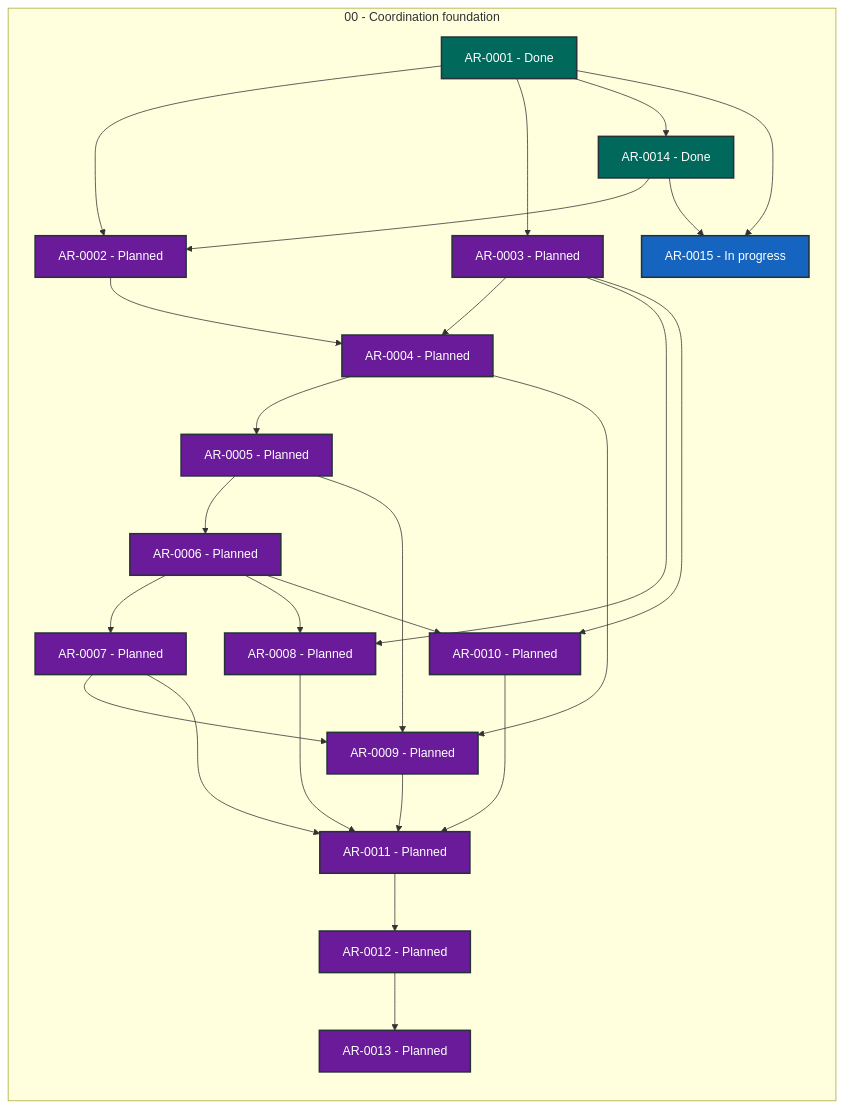
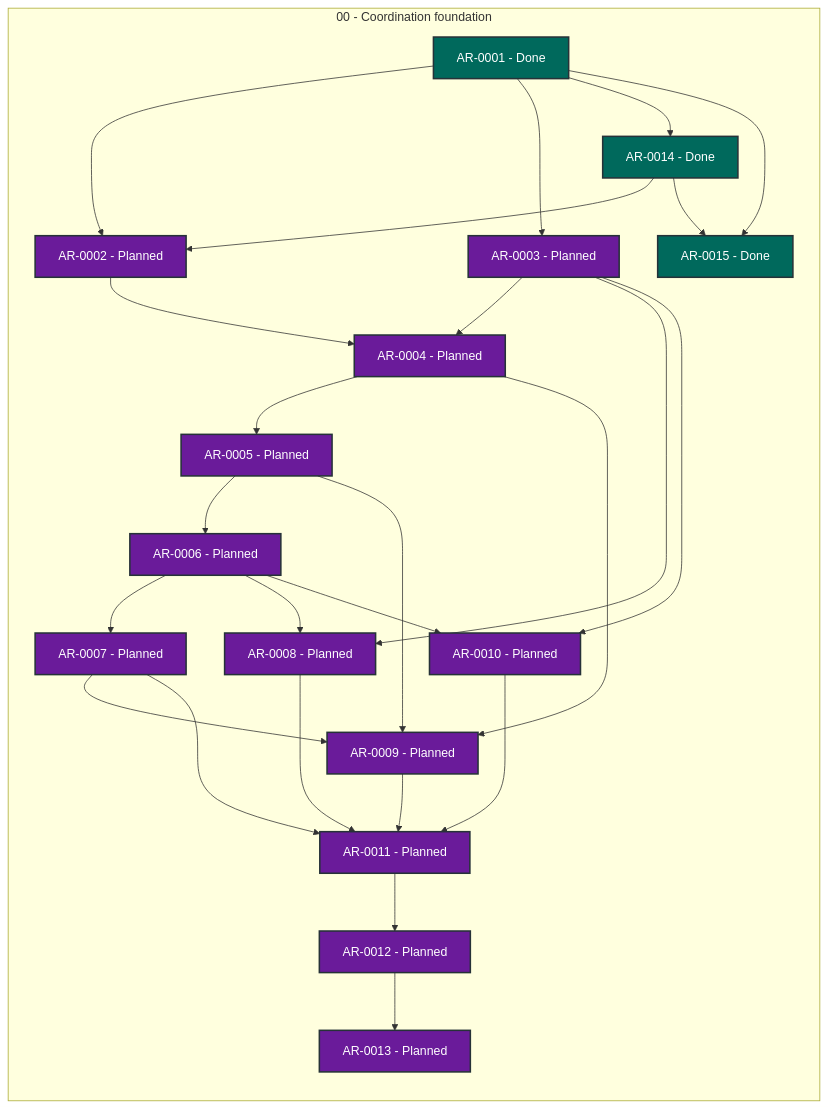
Before and after one commit to martin-beck/agent-workflow-tui-state: the diagram in STATUS.md, drawn with Mermaid. The commit also changed other lines of this file and 2 other files, not shown here.

````diff
--- a/STATUS.md
+++ b/STATUS.md
@@ -27,53 +27,53 @@
 ```mermaid
 flowchart LR
     subgraph series_00["00 - Coordination foundation"]
         direction TB
         AR_0001["AR-0001 - Done"]:::status_done
         AR_0002["AR-0002 - Planned"]:::status_planned
         AR_0003["AR-0003 - Planned"]:::status_planned
         AR_0004["AR-0004 - Planned"]:::status_planned
         AR_0005["AR-0005 - Planned"]:::status_planned
         AR_0006["AR-0006 - Planned"]:::status_planned
         AR_0007["AR-0007 - Planned"]:::status_planned
         AR_0008["AR-0008 - Planned"]:::status_planned
         AR_0009["AR-0009 - Planned"]:::status_planned
         AR_0010["AR-0010 - Planned"]:::status_planned
         AR_0011["AR-0011 - Planned"]:::status_planned
         AR_0012["AR-0012 - Planned"]:::status_planned
         AR_0013["AR-0013 - Planned"]:::status_planned
         AR_0014["AR-0014 - Done"]:::status_done
-        AR_0015["AR-0015 - In progress"]:::status_in_progress
+        AR_0015["AR-0015 - Done"]:::status_done
     end
     AR_0001 --> AR_0002
     AR_0001 --> AR_0003
     AR_0001 --> AR_0014
     AR_0001 --> AR_0015
     AR_0002 --> AR_0004
     AR_0003 --> AR_0004
     AR_0003 --> AR_0008
     AR_0003 --> AR_0010
     AR_0004 --> AR_0005
     AR_0004 --> AR_0009
     AR_0005 --> AR_0006
     AR_0005 --> AR_0009
     AR_0006 --> AR_0007
     AR_0006 --> AR_0008
     AR_0006 --> AR_0010
     AR_0007 --> AR_0009
     AR_0007 --> AR_0011
     AR_0008 --> AR_0011
     AR_0009 --> AR_0011
     AR_0010 --> AR_0011
     AR_0011 --> AR_0012
     AR_0012 --> AR_0013
     AR_0014 --> AR_0002
     AR_0014 --> AR_0015
     classDef status_in_progress fill:#1565c0,color:#ffffff,stroke:#263238,stroke-width:2px
     classDef status_open fill:#2e7d32,color:#ffffff,stroke:#263238,stroke-width:2px
     classDef status_blocked fill:#c62828,color:#ffffff,stroke:#263238,stroke-width:2px
     classDef status_planned fill:#6a1b9a,color:#ffffff,stroke:#263238,stroke-width:2px
     classDef status_future fill:#455a64,color:#ffffff,stroke:#263238,stroke-width:2px
     classDef status_done fill:#00695c,color:#ffffff,stroke:#263238,stroke-width:2px
     classDef status_cancelled fill:#616161,color:#ffffff,stroke:#263238,stroke-width:2px
     classDef status_superseded fill:#5d4037,color:#ffffff,stroke:#263238,stroke-width:2px
 ```
````
